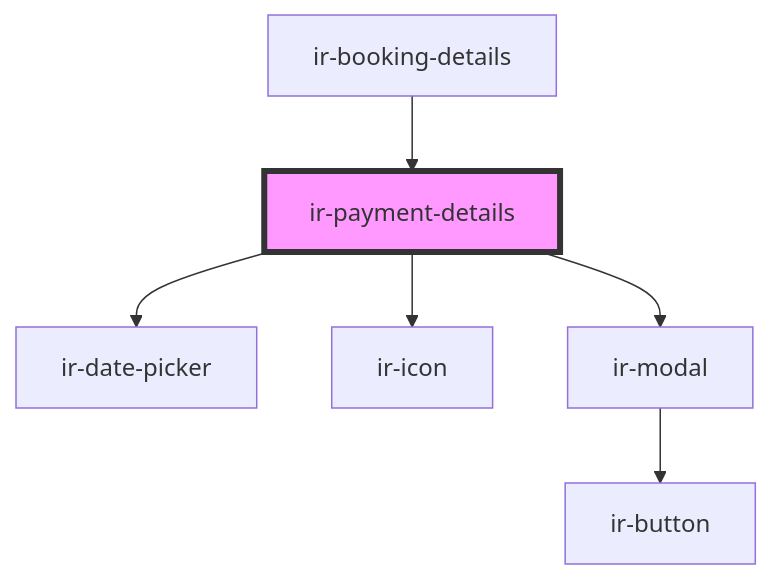
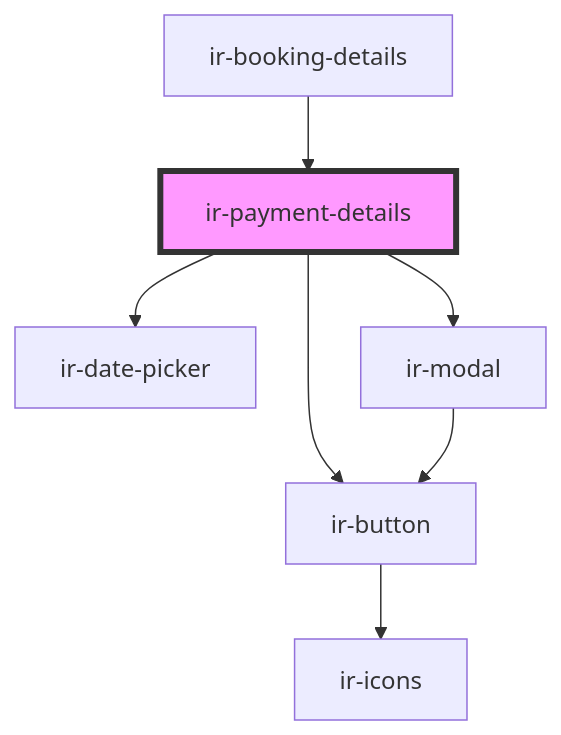
The diagram in src/components/ir-booking-details/ir-payment-details/readme.md (David1Chowaifaty/modified-ir-webcmp), drawn with Mermaid before and after one commit. The commit also changed other lines of this file and 32 other files, not shown here.

````diff
--- a/src/components/ir-booking-details/ir-payment-details/readme.md
+++ b/src/components/ir-booking-details/ir-payment-details/readme.md
@@ -37,9 +37,10 @@
 ```mermaid
 graph TD;
   ir-payment-details --> ir-date-picker
-  ir-payment-details --> ir-icon
+  ir-payment-details --> ir-button
   ir-payment-details --> ir-modal
+  ir-button --> ir-icons
   ir-modal --> ir-button
   ir-booking-details --> ir-payment-details
   style ir-payment-details fill:#f9f,stroke:#333,stroke-width:4px
 ```
````
